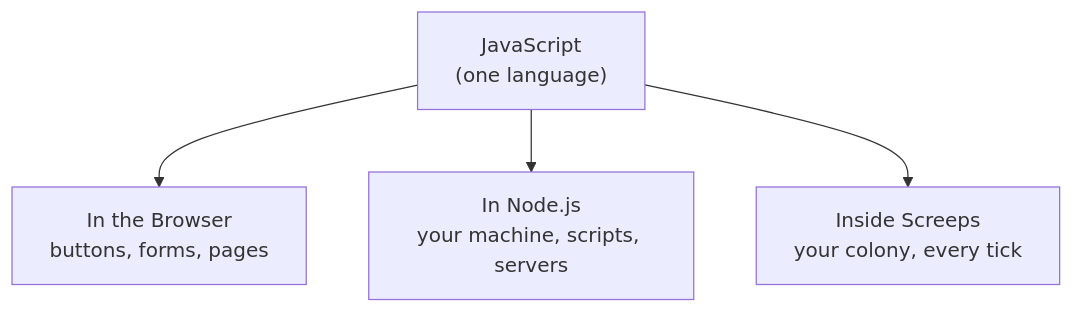
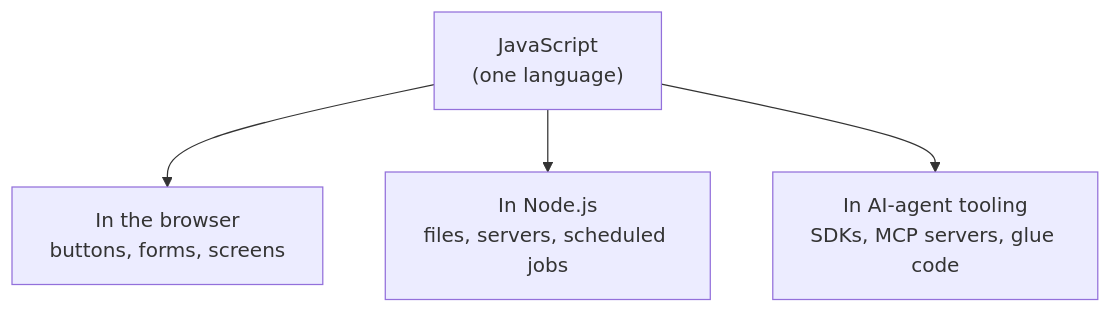
One commit to AutoNateAI/roblox-gamelab-2 changed the diagram in apps/marketplace/content/tutorials/intro-to-javascript-for-beginners/01-why-javascript.md. Above: the diagram before and after it, drawn with Mermaid. The commit also changed other lines of this file and 130 other files, not shown here.

````diff
--- a/apps/marketplace/content/tutorials/intro-to-javascript-for-beginners/01-why-javascript.md
+++ b/apps/marketplace/content/tutorials/intro-to-javascript-for-beginners/01-why-javascript.md
@@ -19,6 +23,6 @@
 ```mermaid
 flowchart TD
-  JS["JavaScript<br/>(one language)"] --> Browser["In the Browser<br/>buttons, forms, pages"]
-  JS --> Node["In Node.js<br/>your machine, scripts, servers"]
-  JS --> Screeps["Inside Screeps<br/>your colony, every tick"]
+  JS["JavaScript<br/>(one language)"] --> Browser["In the browser<br/>buttons, forms, screens"]
+  JS --> Node["In Node.js<br/>files, servers, scheduled jobs"]
+  JS --> Agents["In AI-agent tooling<br/>SDKs, MCP servers, glue code"]
 ```
````
